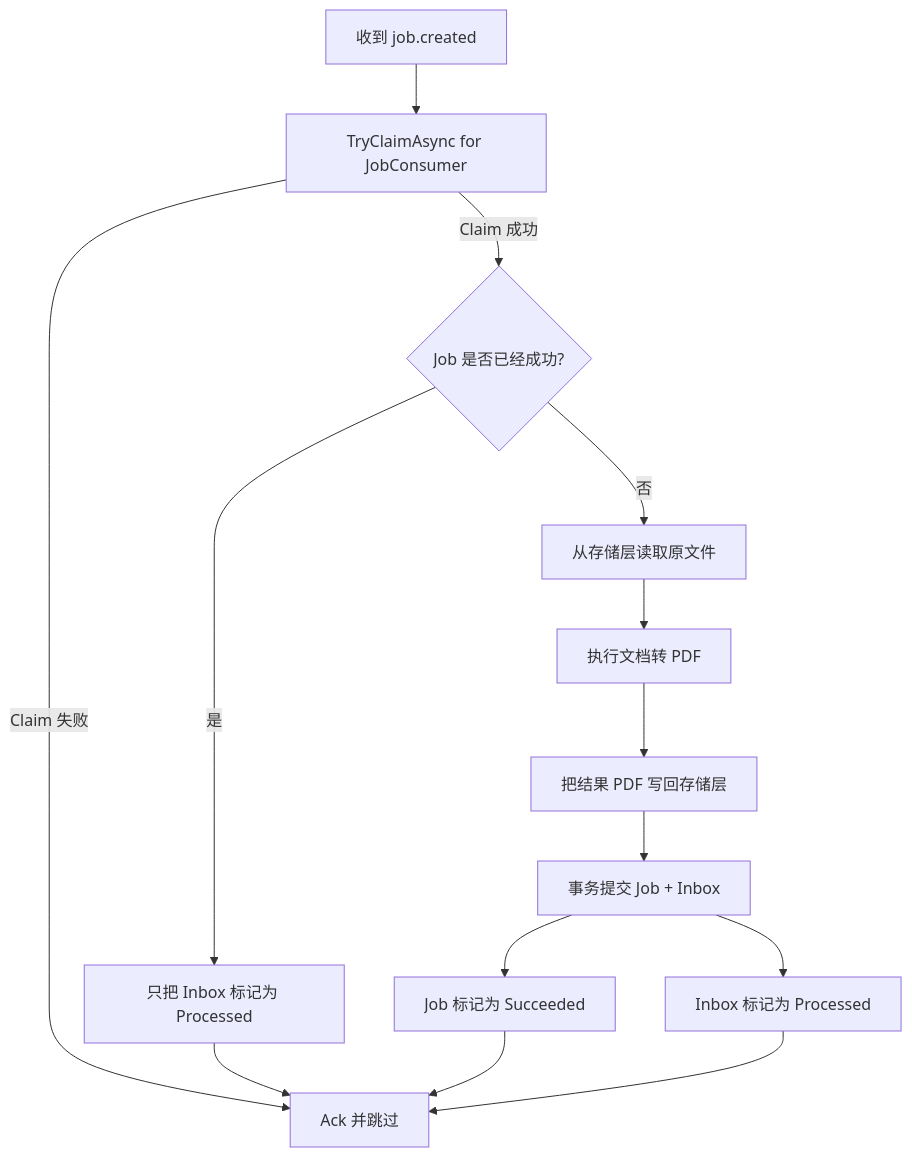
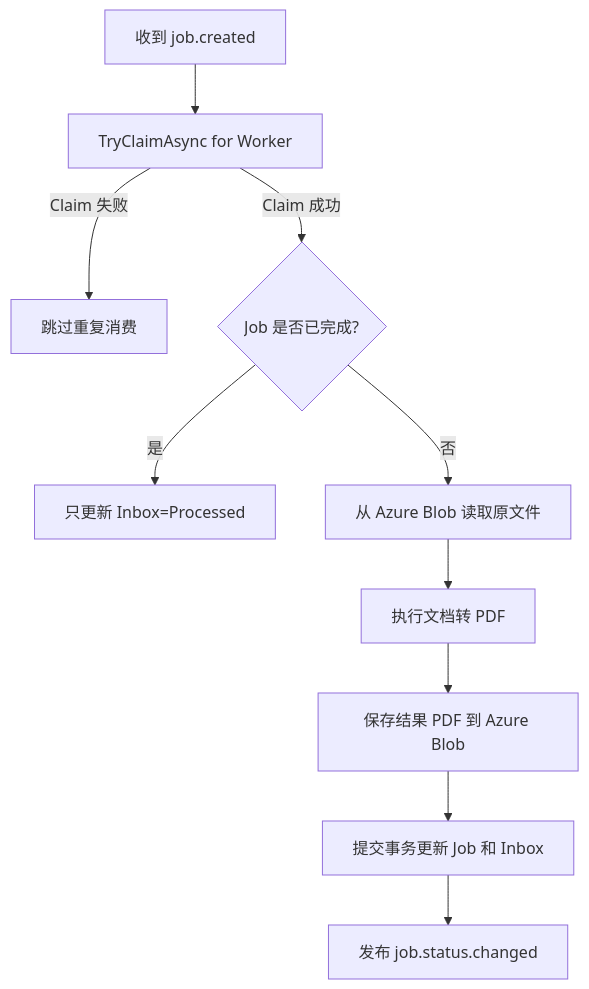
The second of 4 diagrams in docs/system-flow.md (haoyucheng369-gif/DocFlowCloud), drawn with Mermaid before and after one commit. The commit also changed other lines of this file and 7 other files, not shown here.

````diff
--- a/docs/system-flow.md
+++ b/docs/system-flow.md
@@ -50,16 +52,12 @@
 ```mermaid
 flowchart TD
-    A[收到 job.created] --> B[TryClaimAsync for JobConsumer]
-    B -->|Claim 失败| C[Ack 并跳过]
-    B -->|Claim 成功| D{Job 是否已经成功?}
-    D -->|是| E[只把 Inbox 标记为 Processed]
-    E --> C
-    D -->|否| F[从存储层读取原文件]
+    A[收到 job.created] --> B[TryClaimAsync for Worker]
+    B -->|Claim 失败| C[跳过重复消费]
+    B -->|Claim 成功| D{Job 是否已完成?}
+    D -->|是| E[只更新 Inbox=Processed]
+    D -->|否| F[从 Azure Blob 读取原文件]
     F --> G[执行文档转 PDF]
-    G --> H[把结果 PDF 写回存储层]
-    H --> I[事务提交 Job + Inbox]
-    I --> J[Job 标记为 Succeeded]
-    I --> K[Inbox 标记为 Processed]
-    J --> C
-    K --> C
+    G --> H[保存结果 PDF 到 Azure Blob]
+    H --> I[提交事务更新 Job 和 Inbox]
+    I --> J[发布 job.status.changed]
 ```
````
